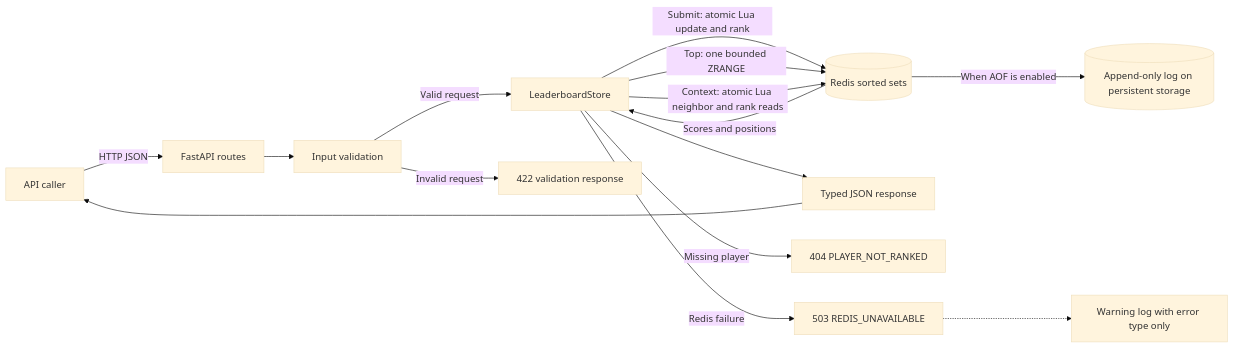
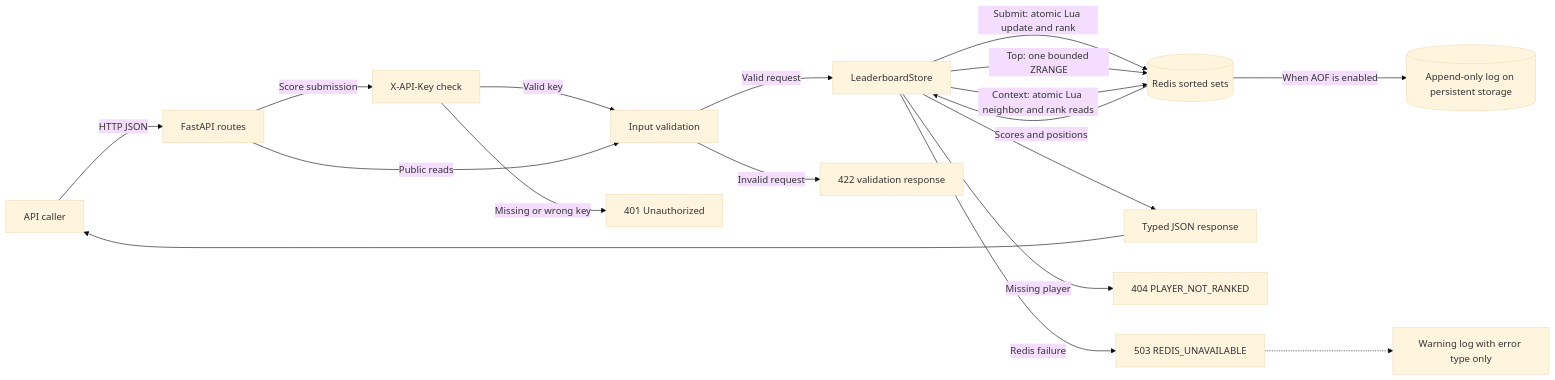
One commit to jl0554/gaming-leaderboard changed the diagram in docs/architecture.md. Above: the diagram before and after it, drawn with Mermaid (base theme). The commit also changed other lines of this file and 10 other files, not shown here.

Commit message:
Require trusted-server API key for score submissions

````diff
--- a/docs/architecture.md
+++ b/docs/architecture.md
@@ -9,17 +10,20 @@
 ```mermaid
 flowchart LR
     Caller[API caller] -->|HTTP JSON| API[FastAPI routes]
-    API --> Validation[Input validation]
+    API -->|Score submission| Auth[X-API-Key check]
+    Auth -->|Valid key| Validation[Input validation]
+    Auth -->|Missing or wrong key| Unauthorized[401 Unauthorized]
+    API -->|Public reads| Validation
     Validation -->|Valid request| Store[LeaderboardStore]
     Validation -->|Invalid request| Invalid[422 validation response]
     Store -->|Submit: atomic Lua update and rank| Redis[(Redis sorted sets)]
     Store -->|Top: one bounded ZRANGE| Redis
     Store -->|Context: atomic Lua neighbor and rank reads| Redis
     Redis -->|Scores and positions| Store
     Store --> Response[Typed JSON response]
     Response --> Caller
     Store -->|Missing player| Missing[404 PLAYER_NOT_RANKED]
     Store -->|Redis failure| Unavailable[503 REDIS_UNAVAILABLE]
     Unavailable -.-> Log[Warning log with error type only]
     Redis -->|When AOF is enabled| AOF[(Append-only log on persistent storage)]
 ```
````
